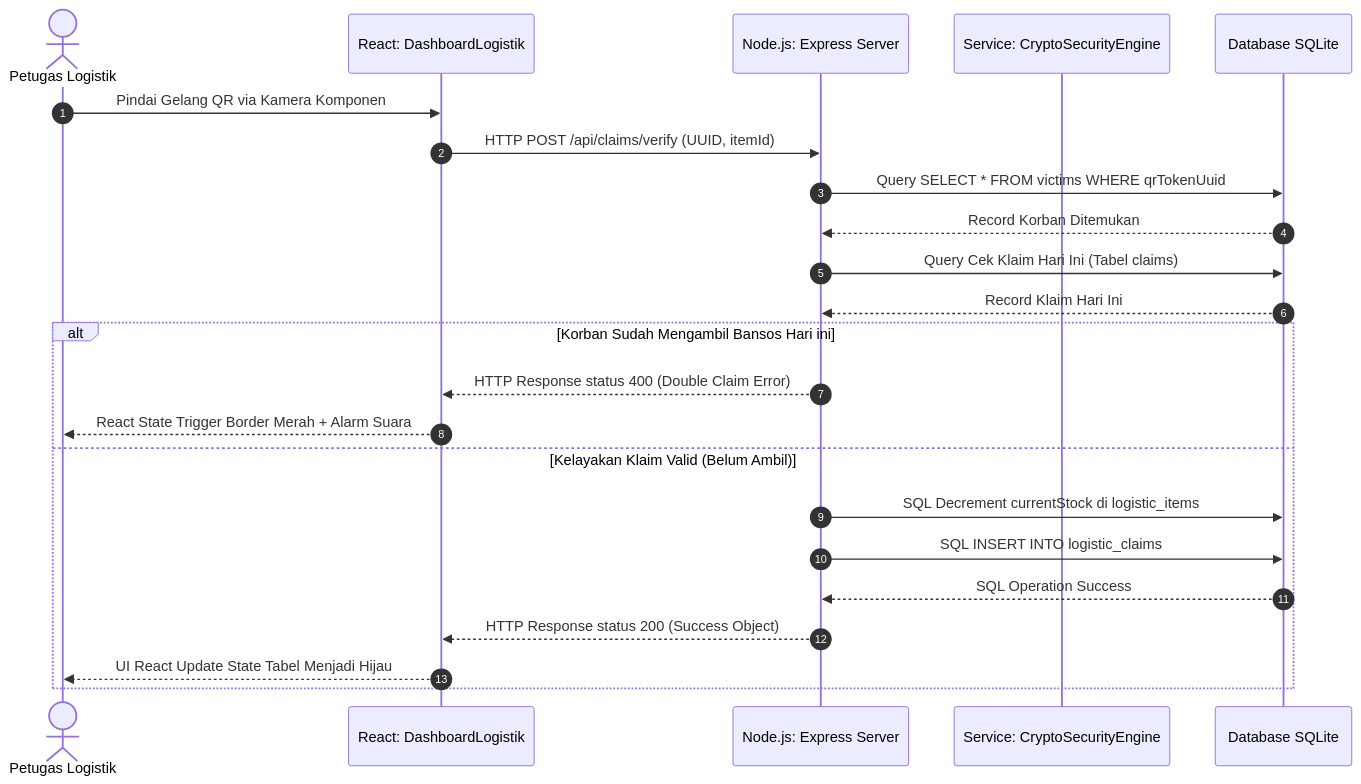
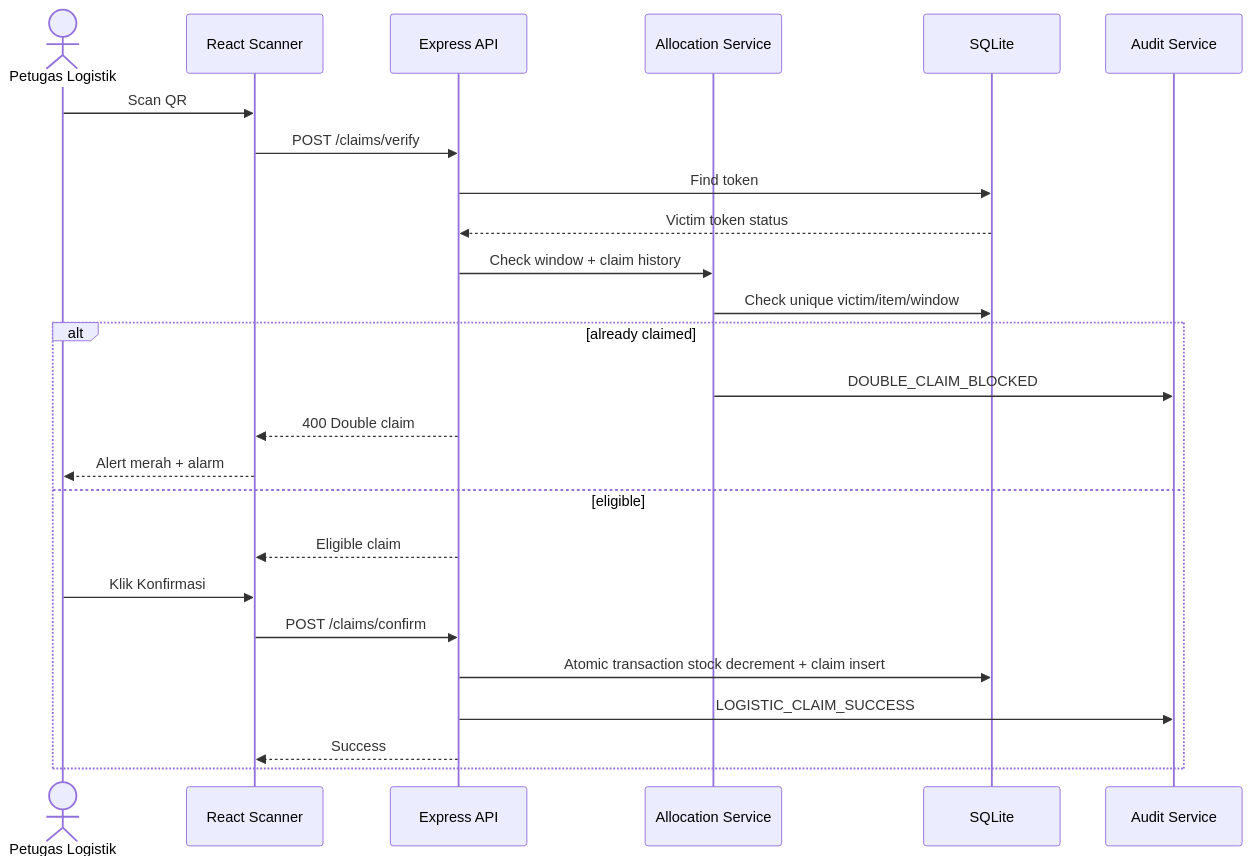
Before and after one commit to Mubax5/FITComp: diagram 14 of 20 in README.md, drawn with Mermaid. The commit also changed other lines of this file, not shown here.

````diff
--- a/README.md
+++ b/README.md
@@ -1005,27 +795,28 @@
 ```mermaid
 sequenceDiagram
-    autonumber
-    actor L as Petugas Logistik
-    participant V as React: DashboardLogistik
-    participant S as Node.js: Express Server
-    participant R as Service: CryptoSecurityEngine
-    participant DB as Database SQLite
+    actor Officer as Petugas Logistik
+    participant UI as React Scanner
+    participant API as Express API
+    participant Allocation as Allocation Service
+    participant DB as SQLite
+    participant Audit as Audit Service
 
-    L->>V: Pindai Gelang QR via Kamera Komponen
-    V->>S: HTTP POST /api/claims/verify (UUID, itemId)
-    S->>DB: Query SELECT * FROM victims WHERE qrTokenUuid
-    DB-->>S: Record Korban Ditemukan
-    S->>DB: Query Cek Klaim Hari Ini (Tabel claims)
-    DB-->>S: Record Klaim Hari Ini
-    alt Korban Sudah Mengambil Bansos Hari ini
-        S-->>V: HTTP Response status 400 (Double Claim Error)
-        V-->>L: React State Trigger Border Merah + Alarm Suara
-    else Kelayakan Klaim Valid (Belum Ambil)
-        S->>DB: SQL Decrement currentStock di logistic_items
-        S->>DB: SQL INSERT INTO logistic_claims
-        DB-->>S: SQL Operation Success
-        S-->>V: HTTP Response status 200 (Success Object)
-        V-->>L: UI React Update State Tabel Menjadi Hijau
+    Officer->>UI: Scan QR
+    UI->>API: POST /claims/verify
+    API->>DB: Find token
+    DB-->>API: Victim token status
+    API->>Allocation: Check window + claim history
+    Allocation->>DB: Check unique victim/item/window
+    alt already claimed
+        Allocation->>Audit: DOUBLE_CLAIM_BLOCKED
+        API-->>UI: 400 Double claim
+        UI-->>Officer: Alert merah + alarm
+    else eligible
+        API-->>UI: Eligible claim
+        Officer->>UI: Klik Konfirmasi
+        UI->>API: POST /claims/confirm
+        API->>DB: Atomic transaction stock decrement + claim insert
+        API->>Audit: LOGISTIC_CLAIM_SUCCESS
+        API-->>UI: Success
     end
-
 ```
````
